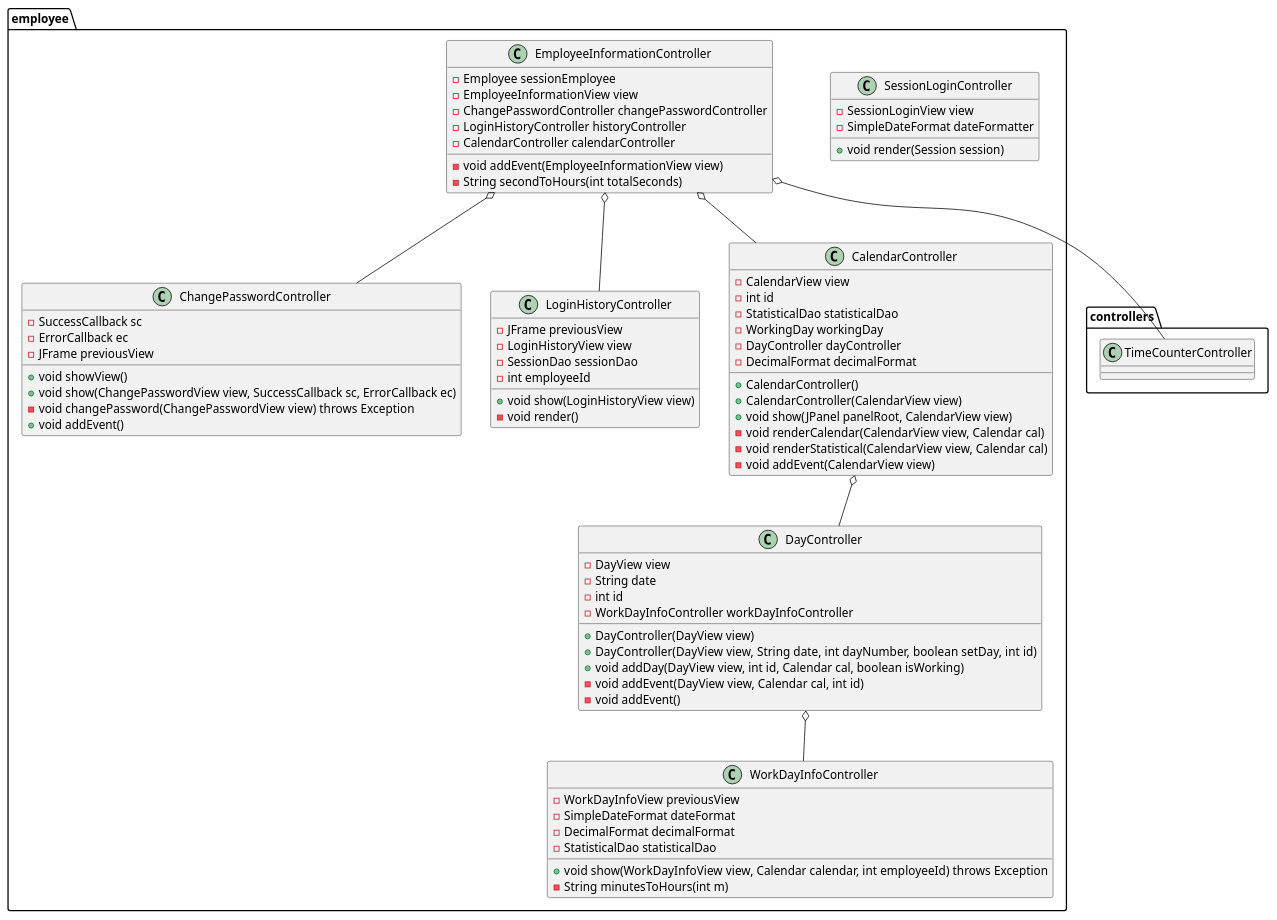
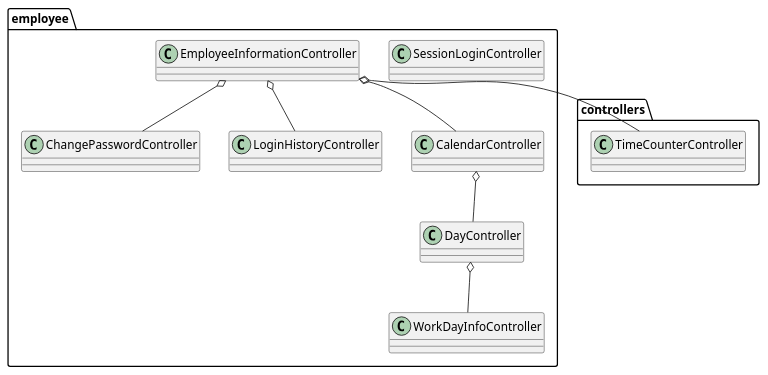
One commit to PTIT-D22KH/milktea_sales_management_project changed the diagram in report/diagrams/controllers_employee.puml. Above: the diagram before and after it, drawn with PlantUML. The commit also changed 60 other files, not shown here.

```diff
--- a/report/diagrams/controllers_employee.puml
+++ b/report/diagrams/controllers_employee.puml
@@ -1,74 +1,31 @@
 @startuml
 package employee {
     class WorkDayInfoController {
-        - WorkDayInfoView previousView
-        - SimpleDateFormat dateFormat
-        - DecimalFormat decimalFormat
-        - StatisticalDao statisticalDao
-        + void show(WorkDayInfoView view, Calendar calendar, int employeeId) throws Exception
-        - String minutesToHours(int m)
+
     }
     class ChangePasswordController {
-        - SuccessCallback sc
-        - ErrorCallback ec
-        - JFrame previousView
-        + void showView()
-        + void show(ChangePasswordView view, SuccessCallback sc, ErrorCallback ec)
-        - void changePassword(ChangePasswordView view) throws Exception
-        + void addEvent()
+
     }
     class SessionLoginController {
-        - SessionLoginView view
-        - SimpleDateFormat dateFormatter
-        + void render(Session session)
+
     }
     class LoginHistoryController {
-        - JFrame previousView
-        - LoginHistoryView view
-        - SessionDao sessionDao
-        - int employeeId
-        + void show(LoginHistoryView view)
-        - void render()
+
     }
     class DayController {
-        - DayView view
-        - String date
-        - int id
-        - WorkDayInfoController workDayInfoController
-        + DayController(DayView view)
-        + DayController(DayView view, String date, int dayNumber, boolean setDay, int id)
-        + void addDay(DayView view, int id, Calendar cal, boolean isWorking)
-        - void addEvent(DayView view, Calendar cal, int id)
-        - void addEvent()
+
     }
     class CalendarController {
-        - CalendarView view
-        - int id
-        - StatisticalDao statisticalDao
-        - WorkingDay workingDay
-        - DayController dayController
-        - DecimalFormat decimalFormat
-        + CalendarController()
-        + CalendarController(CalendarView view)
-        + void show(JPanel panelRoot, CalendarView view)
-        - void renderCalendar(CalendarView view, Calendar cal)
-        - void renderStatistical(CalendarView view, Calendar cal)
-        - void addEvent(CalendarView view)
+
     }
     class EmployeeInformationController {
-        - Employee sessionEmployee
-        - EmployeeInformationView view
-        -  ChangePasswordController changePasswordController
-        -  LoginHistoryController historyController
-        -  CalendarController calendarController
-        - void addEvent(EmployeeInformationView view)
-        - String secondToHours(int totalSeconds)
+
     }
 }
 CalendarController o-- DayController 
 DayController o-- WorkDayInfoController
 EmployeeInformationController o-- ChangePasswordController
 EmployeeInformationController o-- LoginHistoryController
 EmployeeInformationController o-- CalendarController
 EmployeeInformationController o-- controllers.TimeCounterController
 @enduml
```
